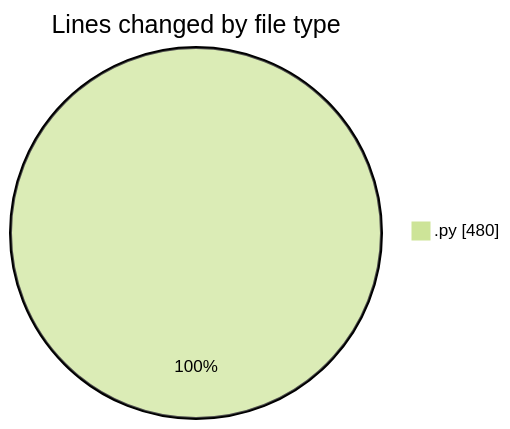
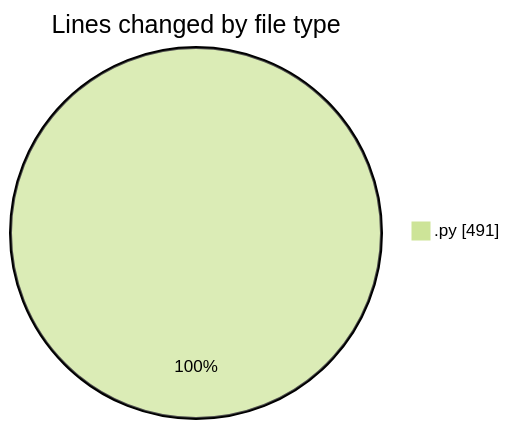
Before and after one commit to momahboobian/code-tracking: the first of 2 diagrams in 2025-03-25/samplepdf/README.md, drawn with Mermaid (forest theme). The commit also changed other lines of this file and 1 other file, not shown here.

````diff
--- a/2025-03-25/samplepdf/README.md
+++ b/2025-03-25/samplepdf/README.md
@@ -23,5 +23,5 @@
 ```mermaid
 pie showData
 title Lines changed by file type
-".py" : 480
+".py" : 491
 ```
````
